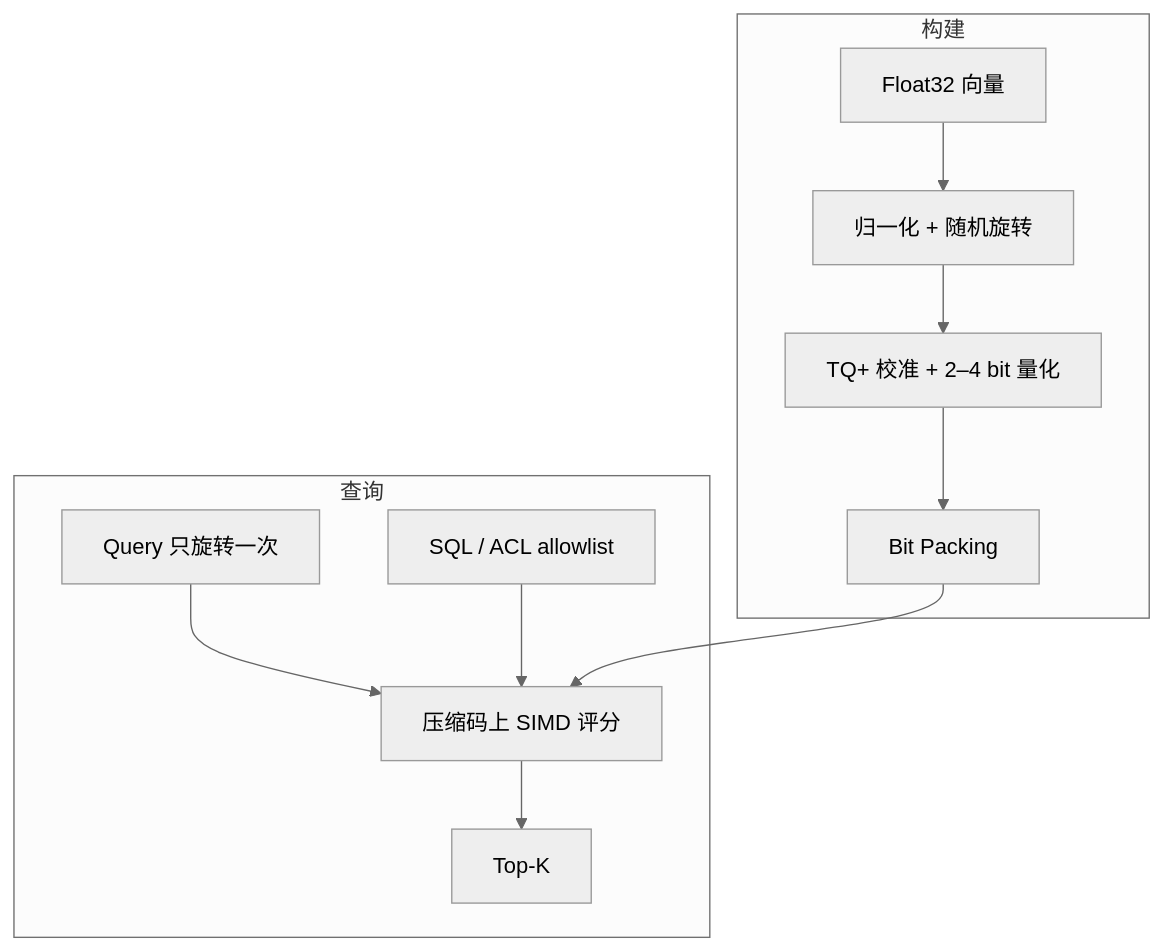
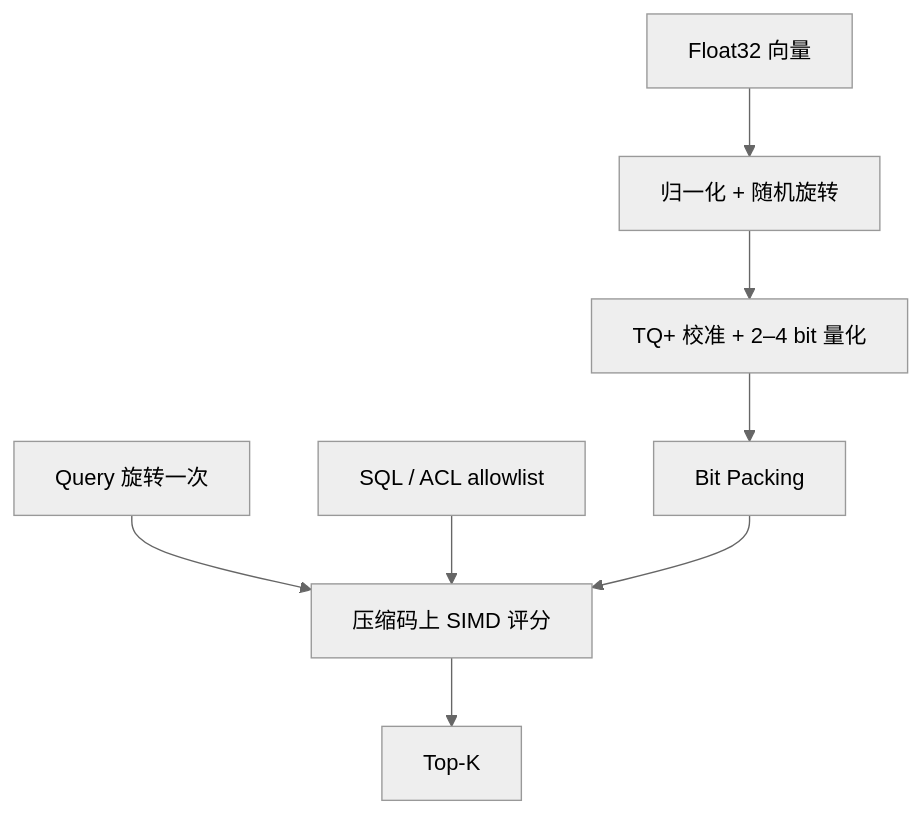
The second of 2 diagrams in content/posts/260726/index.md (littlewwwhite/littlewwwhite.github.io), drawn with Mermaid (neutral theme) before and after one commit. The commit also changed other lines of this file and 1 other file, not shown here.

````diff
--- a/content/posts/260726/index.md
+++ b/content/posts/260726/index.md
@@ -70,14 +61,10 @@
 ```mermaid
 flowchart TB
-    subgraph BUILD["构建"]
-        X["Float32 向量"] --> N["归一化 + 随机旋转"]
-        N --> C["TQ+ 校准 + 2–4 bit 量化"]
-        C --> P["Bit Packing"]
-    end
-    subgraph QUERY["查询"]
-        Q["Query 只旋转一次"] --> S["压缩码上 SIMD 评分"]
-        A["SQL / ACL allowlist"] --> S
-        S --> K["Top-K"]
-    end
+    X["Float32 向量"] --> R["归一化 + 随机旋转"]
+    R --> C["TQ+ 校准 + 2–4 bit 量化"]
+    C --> P["Bit Packing"]
+    Q["Query 旋转一次"] --> S["压缩码上 SIMD 评分"]
+    A["SQL / ACL allowlist"] --> S
     P --> S
+    S --> K["Top-K"]
 ```
````
